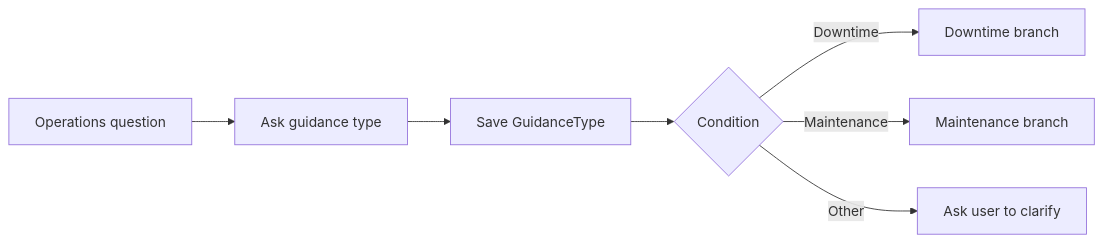
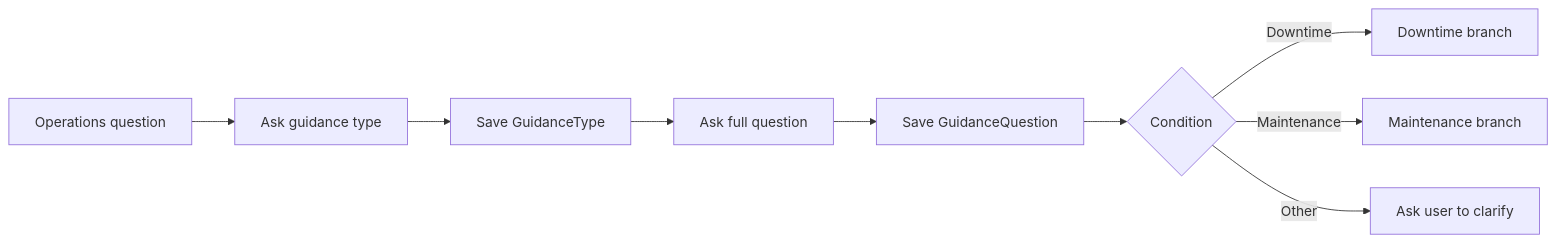
One commit to teerasej/ptt-gc-ai-creatiion-public changed the diagram in exercises/module-3/exercise-3-topics-questions-variables-conditions/README.md. Above: the diagram before and after it, drawn with Mermaid. The commit also changed other lines of this file and 7 other files, not shown here.

````diff
--- a/exercises/module-3/exercise-3-topics-questions-variables-conditions/README.md
+++ b/exercises/module-3/exercise-3-topics-questions-variables-conditions/README.md
@@ -7,9 +7,11 @@
 ```mermaid
 flowchart LR
     A[Operations question] --> B[Ask guidance type]
     B --> C[Save GuidanceType]
-    C --> D{Condition}
-    D -->|Downtime| E[Downtime branch]
-    D -->|Maintenance| F[Maintenance branch]
-    D -->|Other| G[Ask user to clarify]
+   C --> D[Ask full question]
+   D --> E[Save GuidanceQuestion]
+   E --> F{Condition}
+   F -->|Downtime| G[Downtime branch]
+   F -->|Maintenance| H[Maintenance branch]
+   F -->|Other| I[Ask user to clarify]
 ```
````
